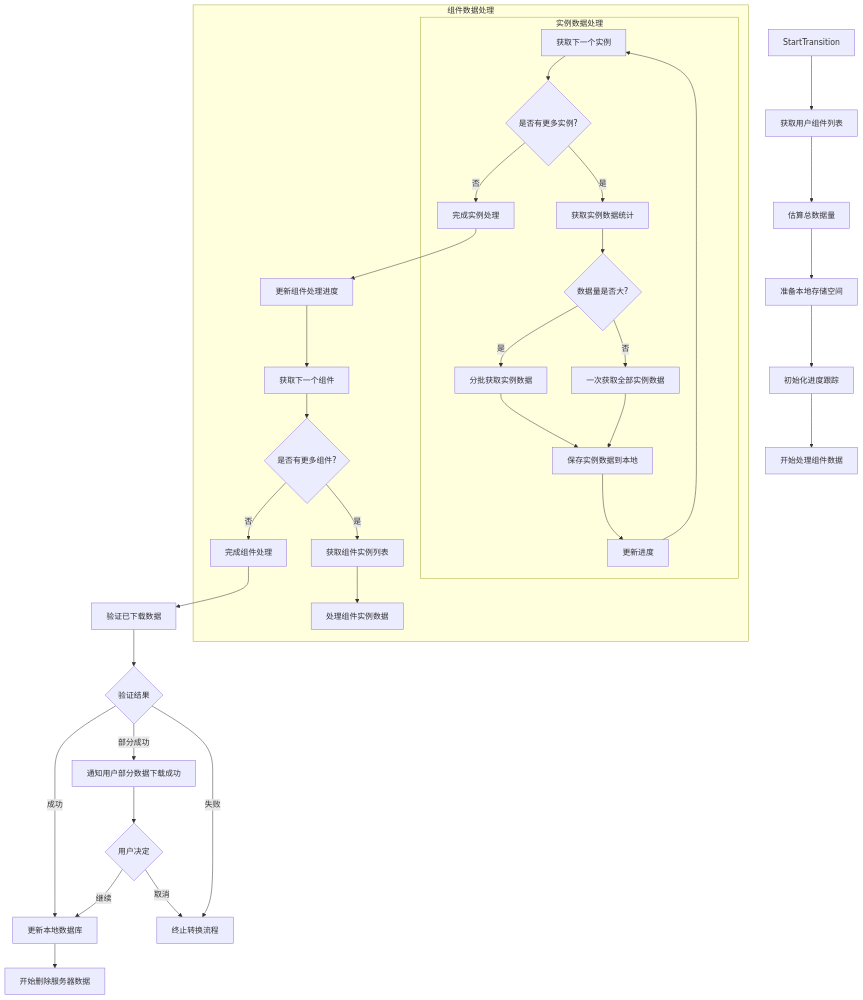
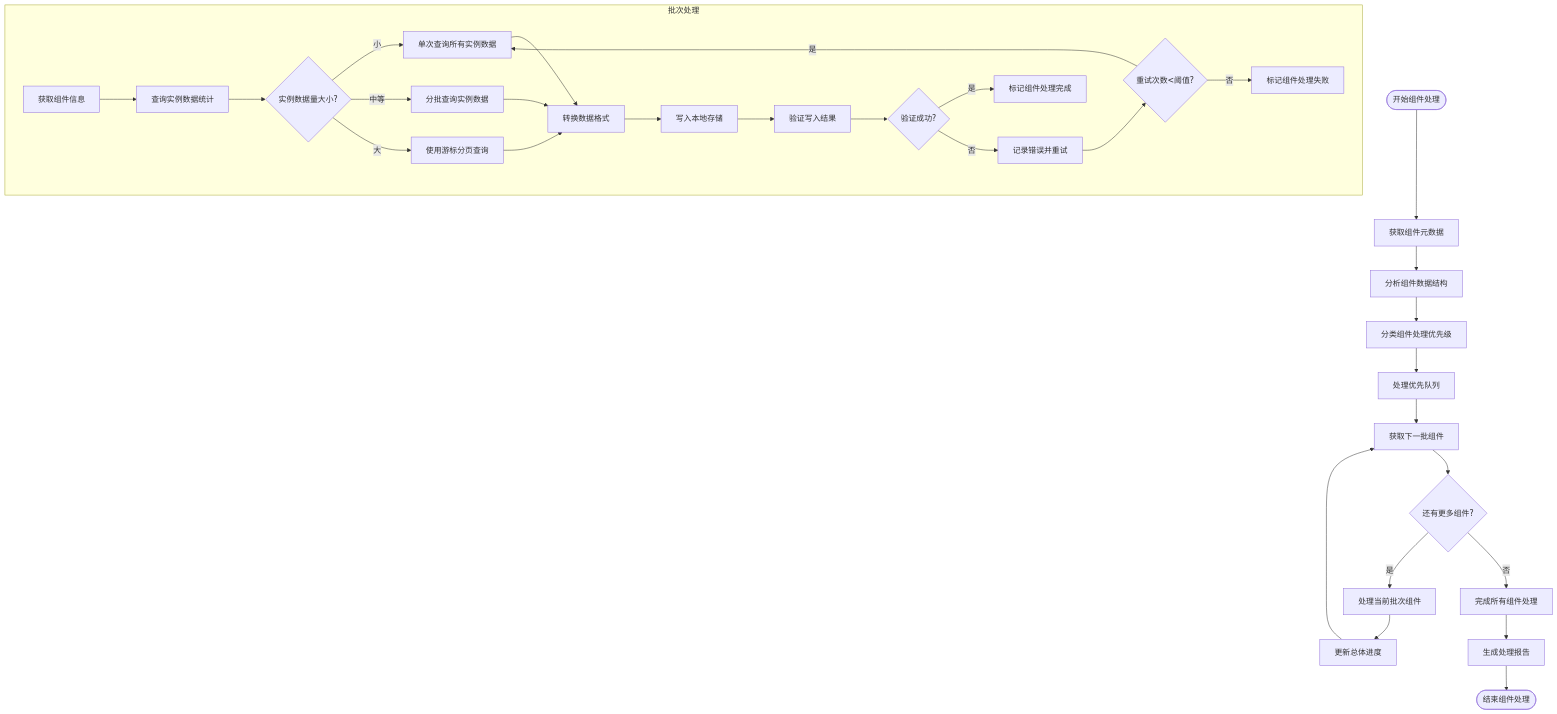
Before and after one commit to yingjianzh/iodraw-files: the diagram in all/未命名-49.md, drawn with Mermaid.

Commit message:
2025-05-07 18:13:39 update

````diff
--- a/all/未命名-49.md
+++ b/all/未命名-49.md
@@ -1,46 +1,44 @@
 ```mermaid
 flowchart TD
-
+    Start([开始组件处理]) --> FetchMetadata[获取组件元数据]
+    FetchMetadata --> AnalyzeStructure[分析组件数据结构]
+    AnalyzeStructure --> ClassifyComponents[分类组件处理优先级]
     
-    StartTransition --> GetComponentList[获取用户组件列表]
-    GetComponentList --> EstimateDataSize[估算总数据量]
-    EstimateDataSize --> PrepareLocalStorage[准备本地存储空间]
-    PrepareLocalStorage --> InitializeProgress[初始化进度跟踪]
+    ClassifyComponents --> ProcessPriorityQueue[处理优先队列]
     
-    InitializeProgress --> ProcessComponents[开始处理组件数据]
+    ProcessPriorityQueue --> GetNextBatch[获取下一批组件]
+    GetNextBatch --> HasMore{还有更多组件?}
     
-    subgraph ComponentProcessing [组件数据处理]
-        A[获取下一个组件] --> B{是否有更多组件?}
-        B -->|否| ExitComponentLoop[完成组件处理]
-        B -->|是| C[获取组件实例列表]
-        C --> D[处理组件实例数据]
+    HasMore -->|是| ProcessBatch[处理当前批次组件]
+    HasMore -->|否| Complete[完成所有组件处理]
+    
+    subgraph BatchProcessing [批次处理]
+        PB1[获取组件信息] --> PB2[查询实例数据统计]
+        PB2 --> PB3{实例数据量大小?}
         
-        subgraph InstanceProcessing [实例数据处理]
-            D1[获取下一个实例] --> D2{是否有更多实例?}
-            D2 -->|否| D8[完成实例处理]
-            D2 -->|是| D3[获取实例数据统计]
-            D3 --> D4{数据量是否大?}
-            D4 -->|是| D5[分批获取实例数据]
-            D4 -->|否| D6[一次获取全部实例数据]
-            D5 --> D7[保存实例数据到本地]
-            D6 --> D7
-            D7 --> D9[更新进度]
-            D9 --> D1
-        end
+        PB3 -->|小| PB4[单次查询所有实例数据]
+        PB3 -->|中等| PB5[分批查询实例数据]
+        PB3 -->|大| PB6[使用游标分页查询]
         
-        D8 --> E[更新组件处理进度]
-        E --> A
+        PB4 --> PB7[转换数据格式]
+        PB5 --> PB7
+        PB6 --> PB7
+        
+        PB7 --> PB8[写入本地存储]
+        PB8 --> PB9[验证写入结果]
+        PB9 --> PB10{验证成功?}
+        
+        PB10 -->|是| PB11[标记组件处理完成]
+        PB10 -->|否| PB12[记录错误并重试]
+        
+        PB12 --> PB13{重试次数<阈值?}
+        PB13 -->|是| PB4
+        PB13 -->|否| PB14[标记组件处理失败]
     end
     
-    ExitComponentLoop --> ValidateDownloadedData[验证已下载数据]
-    ValidateDownloadedData --> ValidationResult{验证结果}
-    ValidationResult -->|成功| UpdateLocalDatabase[更新本地数据库]
-    ValidationResult -->|部分成功| NotifyPartial[通知用户部分数据下载成功]
-    ValidationResult -->|失败| AbortProcess[终止转换流程]
+    ProcessBatch --> UpdateProgress[更新总体进度]
+    UpdateProgress --> GetNextBatch
     
-    NotifyPartial --> UserDecision{用户决定}
-    UserDecision -->|继续| UpdateLocalDatabase
-    UserDecision -->|取消| AbortProcess
-    
-    UpdateLocalDatabase --> StartDeletingServerData[开始删除服务器数据]
+    Complete --> GenerateReport[生成处理报告]
+    GenerateReport --> End([结束组件处理])
 ```
````
